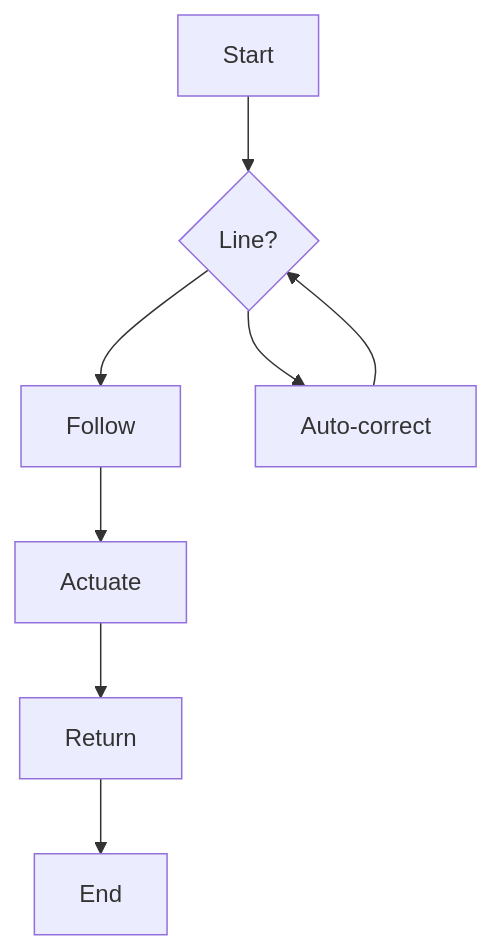
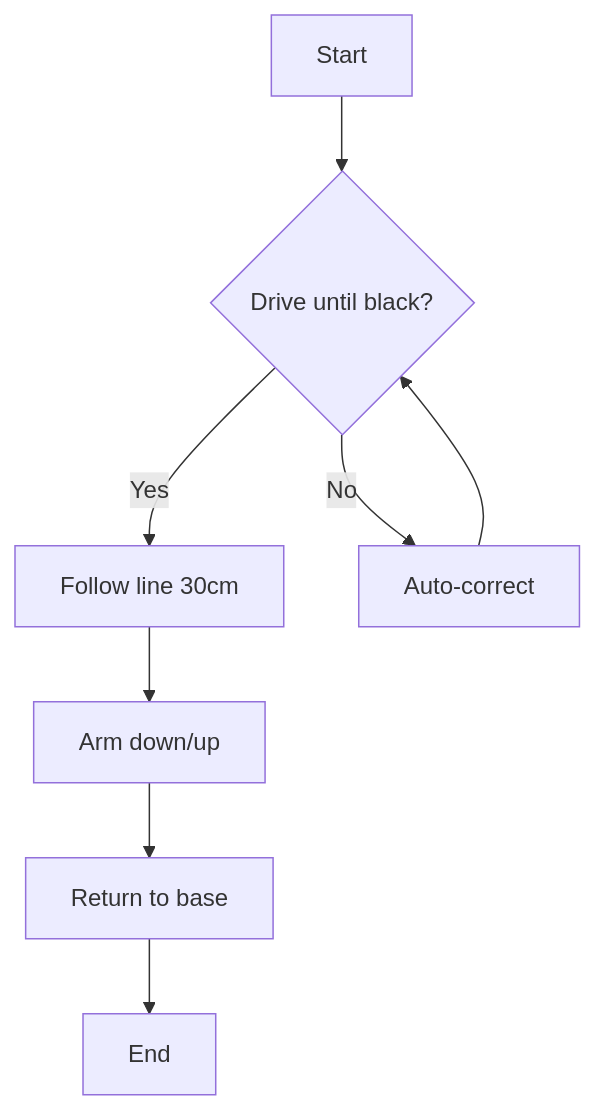
One commit to avspavan/fll_2025 changed the diagram in docs/flowcharts/mission_state_machine.mmd. Above: the diagram before and after it, drawn with Mermaid. The commit also changed 14 other files, not shown here.

```diff
--- a/docs/flowcharts/mission_state_machine.mmd
+++ b/docs/flowcharts/mission_state_machine.mmd
@@ -1,1 +1,8 @@
-flowchart TD; A[Start]-->B{Line?}; B-->C[Follow]; B-->D[Auto-correct]; D-->B; C-->E[Actuate]; E-->F[Return]; F-->G[End];
+flowchart TD
+  A[Start] --> B{Drive until black?}
+  B -->|Yes| C[Follow line 30cm]
+  B -->|No| D[Auto-correct]
+  D --> B
+  C --> E[Arm down/up]
+  E --> F[Return to base]
+  F --> G[End]
```
